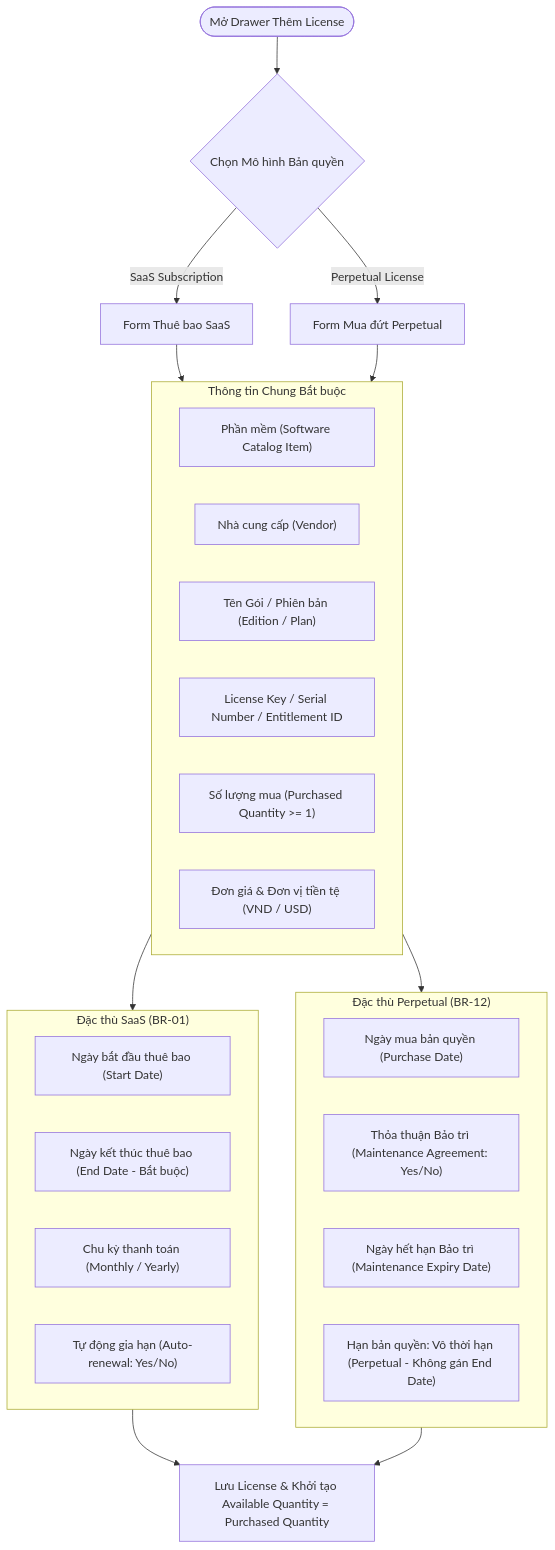
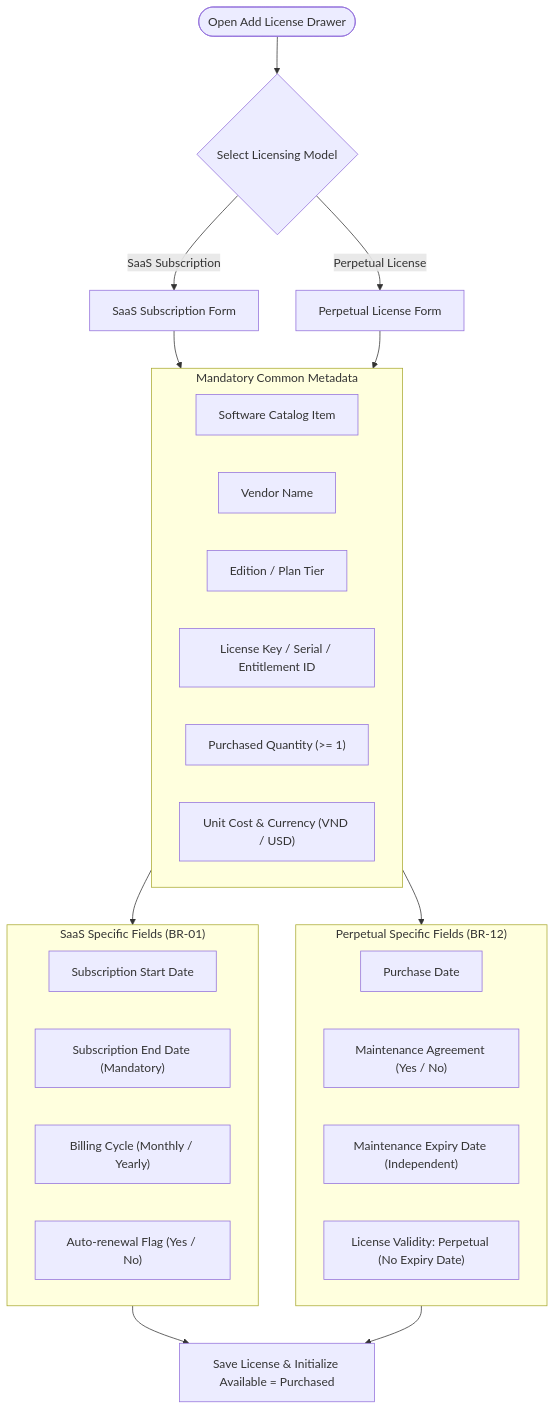
The third of 12 diagrams in docs/04-information-architecture-manager.md (cuonglpv/VFast), drawn with Mermaid before and after one commit. The commit also changed other lines of this file, not shown here.

Commit message:
docs: translate manager IA to English and fix Mermaid diagrams in 3.4 and 4.3

````diff
--- a/docs/04-information-architecture-manager.md
+++ b/docs/04-information-architecture-manager.md
@@ -193,34 +172,34 @@
 ```mermaid
 flowchart TD
-    Start([Mở Drawer Thêm License]) --> SelectModel{Chọn Mô hình Bản quyền}
-    SelectModel -->|SaaS Subscription| SaaSFlow[Form Thuê bao SaaS]
-    SelectModel -->|Perpetual License| PerpFlow[Form Mua đứt Perpetual]
+    Start(["Open Add License Drawer"]) --> SelectModel{"Select Licensing Model"}
+    SelectModel -->|"SaaS Subscription"| SaaSFlow["SaaS Subscription Form"]
+    SelectModel -->|"Perpetual License"| PerpFlow["Perpetual License Form"]
 
-    subgraph CommonFields["Thông tin Chung Bắt buộc"]
-        F1["Phần mềm (Software Catalog Item)"]
-        F2["Nhà cung cấp (Vendor)"]
-        F3["Tên Gói / Phiên bản (Edition / Plan)"]
-        F4["License Key / Serial Number / Entitlement ID"]
-        F5["Số lượng mua (Purchased Quantity >= 1)"]
-        F6["Đơn giá & Đơn vị tiền tệ (VND / USD)"]
+    subgraph CommonFields["Mandatory Common Metadata"]
+        F1["Software Catalog Item"]
+        F2["Vendor Name"]
+        F3["Edition / Plan Tier"]
+        F4["License Key / Serial / Entitlement ID"]
+        F5["Purchased Quantity (>= 1)"]
+        F6["Unit Cost & Currency (VND / USD)"]
     end
 
-    subgraph SaaS_Specific["Đặc thù SaaS (BR-01)"]
-        S1["Ngày bắt đầu thuê bao (Start Date)"]
-        S2["Ngày kết thúc thuê bao (End Date - Bắt buộc)"]
-        S3["Chu kỳ thanh toán (Monthly / Yearly)"]
-        S4["Tự động gia hạn (Auto-renewal: Yes/No)"]
+    subgraph SaaS_Specific["SaaS Specific Fields (BR-01)"]
+        S1["Subscription Start Date"]
+        S2["Subscription End Date (Mandatory)"]
+        S3["Billing Cycle (Monthly / Yearly)"]
+        S4["Auto-renewal Flag (Yes / No)"]
     end
 
-    subgraph Perp_Specific["Đặc thù Perpetual (BR-12)"]
-        P1["Ngày mua bản quyền (Purchase Date)"]
-        P2["Thỏa thuận Bảo trì (Maintenance Agreement: Yes/No)"]
-        P3["Ngày hết hạn Bảo trì (Maintenance Expiry Date)"]
-        P4["Hạn bản quyền: Vô thời hạn (Perpetual - Không gán End Date)"]
+    subgraph Perp_Specific["Perpetual Specific Fields (BR-12)"]
+        P1["Purchase Date"]
+        P2["Maintenance Agreement (Yes / No)"]
+        P3["Maintenance Expiry Date (Independent)"]
+        P4["License Validity: Perpetual (No Expiry Date)"]
     end
 
     SaaSFlow --> CommonFields --> SaaS_Specific
     PerpFlow --> CommonFields --> Perp_Specific
-    SaaS_Specific --> Submit[Lưu License & Khởi tạo Available Quantity = Purchased Quantity]
+    SaaS_Specific --> Submit["Save License & Initialize Available = Purchased"]
     Perp_Specific --> Submit
 ```
````
